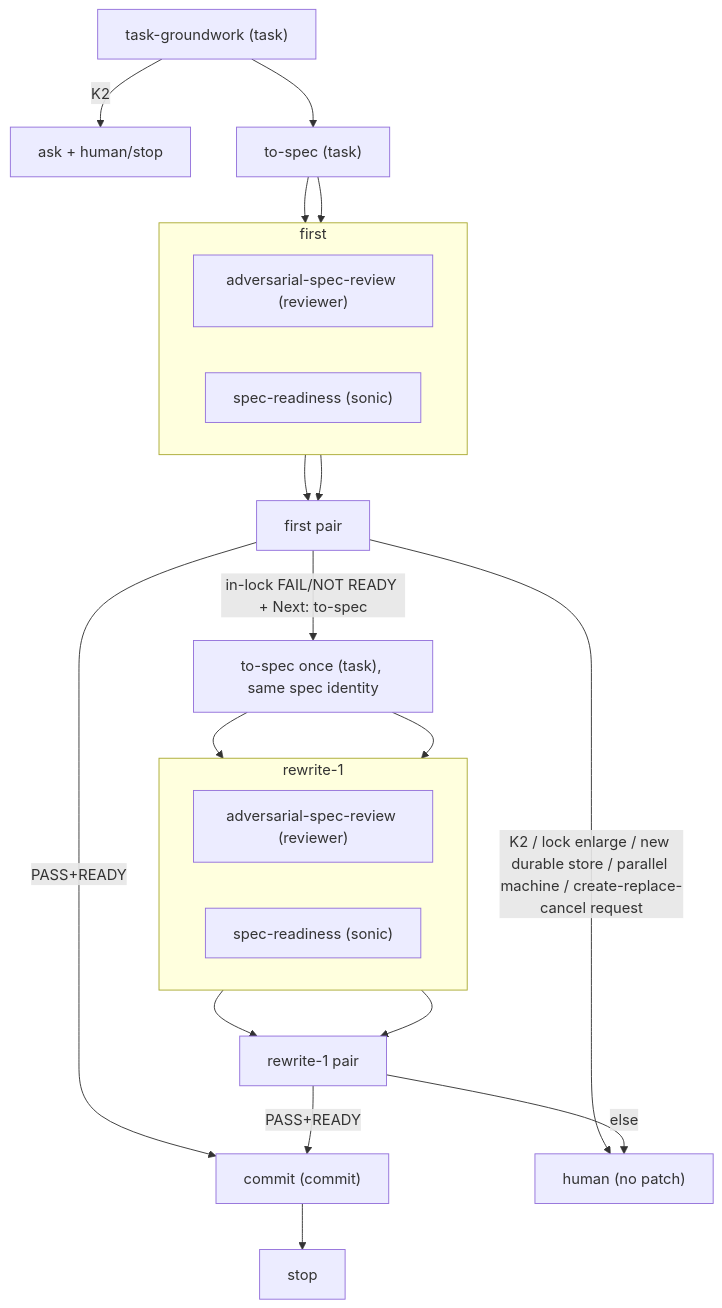
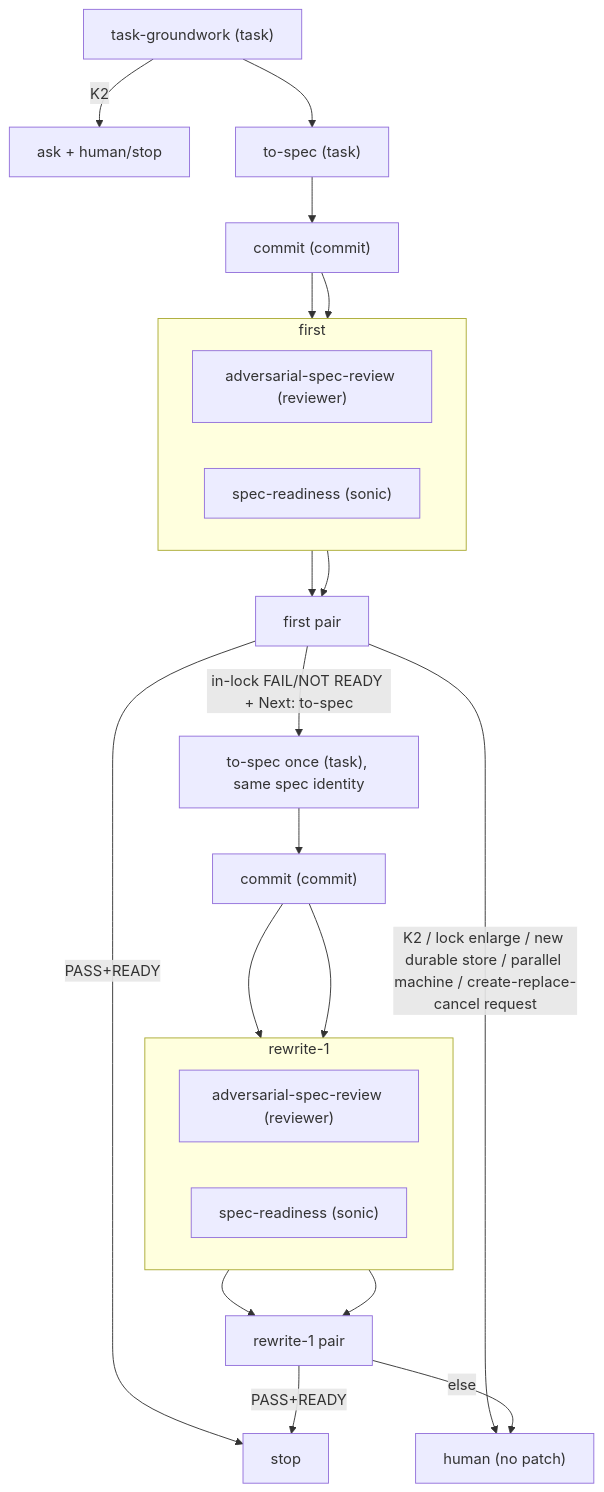
Before and after one commit to hburaktasyurek/Agent-Skills-and-Commands: the diagram in skills/omp-task-to-spec/SKILL.md, drawn with Mermaid. The commit also changed other lines of this file, not shown here.

Commit message:
fix(omp-task-to-spec): commit spec before review
Reviews cannot measure uncommitted spec bytes. Commit after each to-spec write, not after PASS+READY.

````diff
--- a/skills/omp-task-to-spec/SKILL.md
+++ b/skills/omp-task-to-spec/SKILL.md
@@ -21,41 +21,43 @@
 ```mermaid
 flowchart TD
   gw["task-groundwork (task)"]
   askStop["ask + human/stop"]
   toSpec["to-spec (task)"]
   toSpecOnce["to-spec once (task), same spec identity"]
+  commitFirst["commit (commit)"]
+  commitR1["commit (commit)"]
   firstGate["first pair"]
   r1Gate["rewrite-1 pair"]
-  commitNode["commit (commit)"]
   stopNode["stop"]
   human["human (no patch)"]
 
   subgraph firstPair [first]
     direction LR
     advFirst["adversarial-spec-review (reviewer)"]
     readyFirst["spec-readiness (sonic)"]
   end
 
   subgraph rewriteOne [rewrite-1]
     direction LR
     advR1["adversarial-spec-review (reviewer)"]
     readyR1["spec-readiness (sonic)"]
   end
 
   gw -->|"K2"| askStop
   gw --> toSpec
-  toSpec --> advFirst
-  toSpec --> readyFirst
+  toSpec --> commitFirst
+  commitFirst --> advFirst
+  commitFirst --> readyFirst
   advFirst --> firstGate
   readyFirst --> firstGate
-  firstGate -->|"PASS+READY"| commitNode
+  firstGate -->|"PASS+READY"| stopNode
   firstGate -->|"K2 / lock enlarge / new durable store / parallel machine / create-replace-cancel request"| human
   firstGate -->|"in-lock FAIL/NOT READY + Next: to-spec"| toSpecOnce
-  toSpecOnce --> advR1
-  toSpecOnce --> readyR1
+  toSpecOnce --> commitR1
+  commitR1 --> advR1
+  commitR1 --> readyR1
   advR1 --> r1Gate
   readyR1 --> r1Gate
-  r1Gate -->|"PASS+READY"| commitNode
+  r1Gate -->|"PASS+READY"| stopNode
   r1Gate -->|"else"| human
-  commitNode --> stopNode
 ```
````
